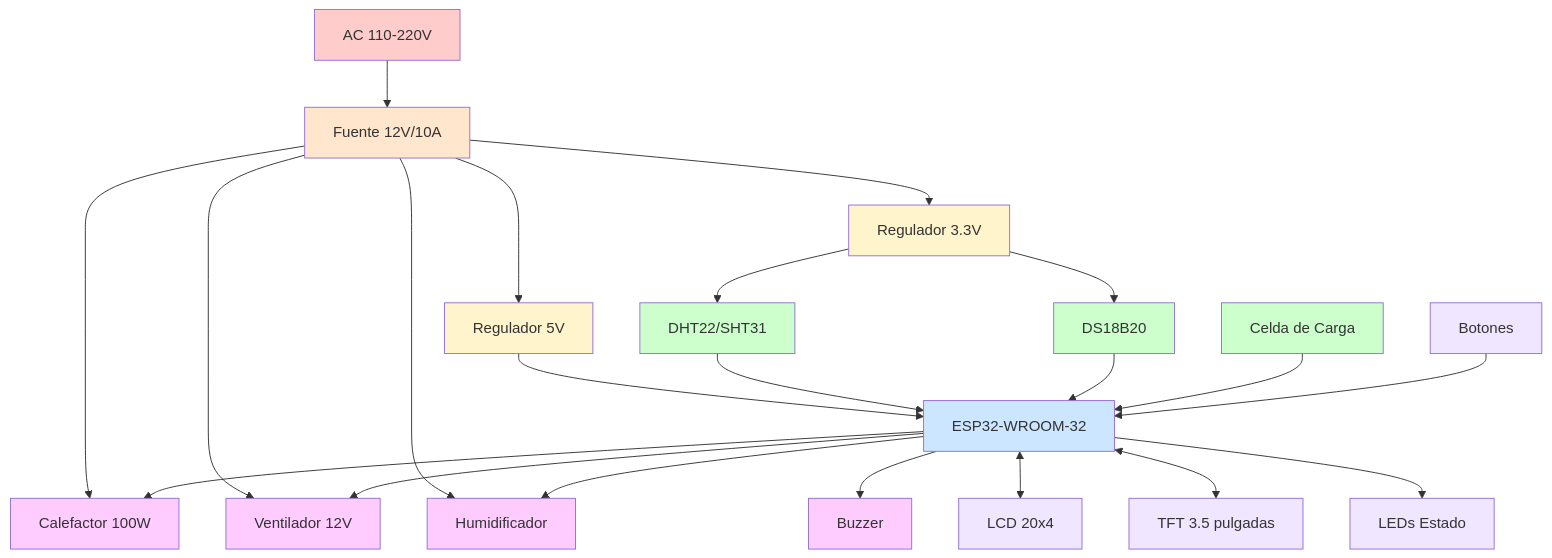
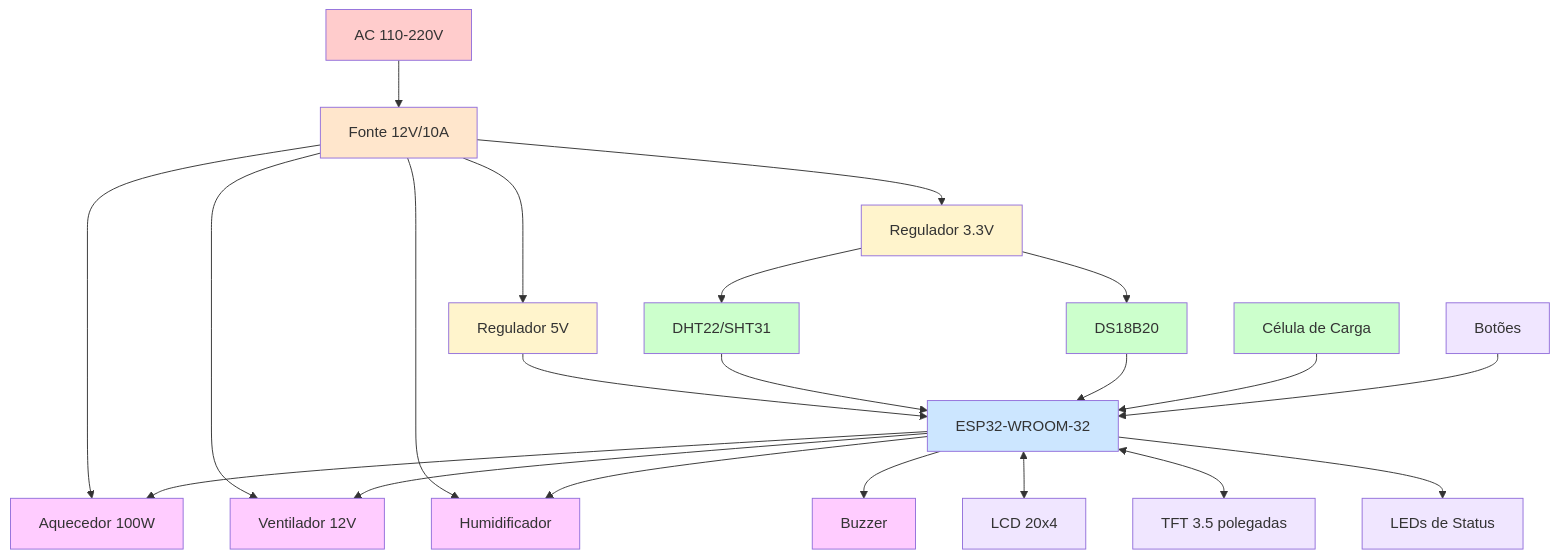
Before and after one commit to medicalopenworld/IncuNest-Docs: the diagram in docs/i18n/pt/docusaurus-plugin-content-docs/version-14.12/hardware/overview.md, drawn with Mermaid. The commit also changed 2 other files, not shown here.

Commit message:
Translate hardware diagram labels to native languages (en, pt, fr)

````diff
--- a/docs/i18n/pt/docusaurus-plugin-content-docs/version-14.12/hardware/overview.md
+++ b/docs/i18n/pt/docusaurus-plugin-content-docs/version-14.12/hardware/overview.md
@@ -22,45 +22,45 @@
 ```mermaid
 graph TB
-    AC[AC 110-220V] --> PSU[Fuente 12V/10A]
+    AC[AC 110-220V] --> PSU[Fonte 12V/10A]
     PSU --> VREG5[Regulador 5V]
     PSU --> VREG3[Regulador 3.3V]
     
     VREG5 --> ESP32[ESP32-WROOM-32]
     VREG3 --> TEMP1
     VREG3 --> TEMP2
     
-    PSU --> HEATER[Calefactor 100W]
+    PSU --> HEATER[Aquecedor 100W]
     PSU --> FAN[Ventilador 12V]
     PSU --> HUMID[Humidificador]
     
     TEMP1[DHT22/SHT31] --> ESP32
     TEMP2[DS18B20] --> ESP32
-    WEIGHT[Celda de Carga] --> ESP32
+    WEIGHT[Célula de Carga] --> ESP32
     
     ESP32 --> HEATER
     ESP32 --> FAN
     ESP32 --> HUMID
     ESP32 --> BUZ[Buzzer]
     
     ESP32 <--> LCD[LCD 20x4]
-    ESP32 <--> TFT[TFT 3.5 pulgadas]
-    ESP32 --> LED[LEDs Estado]
-    BTN[Botones] --> ESP32
+    ESP32 <--> TFT[TFT 3.5 polegadas]
+    ESP32 --> LED[LEDs de Status]
+    BTN[Botões] --> ESP32
     
     style AC fill:#ffcccc
     style PSU fill:#ffe6cc
     style VREG5 fill:#fff4cc
     style VREG3 fill:#fff4cc
     style ESP32 fill:#cce6ff
     style HEATER fill:#ffccff
     style FAN fill:#ffccff
     style HUMID fill:#ffccff
     style BUZ fill:#ffccff
     style TEMP1 fill:#ccffcc
     style TEMP2 fill:#ccffcc
     style WEIGHT fill:#ccffcc
     style LCD fill:#f0e6ff
     style TFT fill:#f0e6ff
     style LED fill:#f0e6ff
     style BTN fill:#f0e6ff
 ```
````
